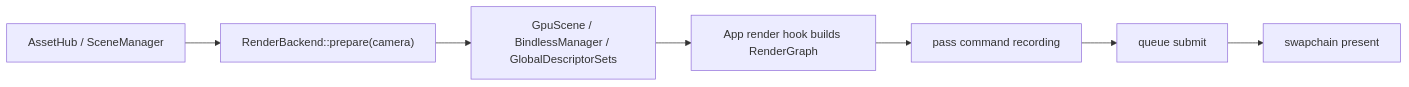
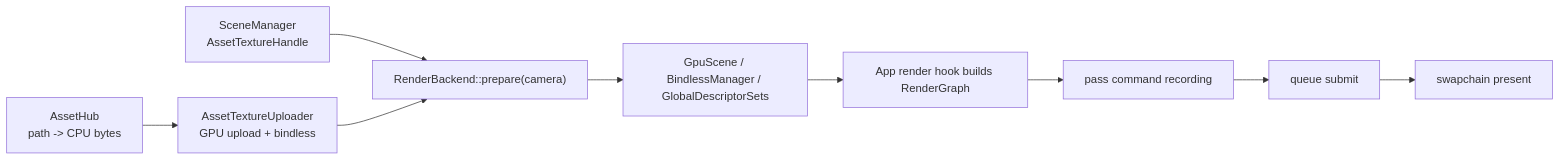
The fifth of 6 diagrams in ARCHITECTURE.md (acccoco/TruvisRenderer), drawn with Mermaid before and after one commit. The commit also changed other lines of this file and 19 other files, not shown here.

Commit message:
[refactor] 拆分 AssetHub 的职责，分离文件读取和 GPU 上传部分

````diff
--- a/ARCHITECTURE.md
+++ b/ARCHITECTURE.md
@@ -168,9 +170,11 @@
 ```mermaid
 flowchart LR
-    Assets["AssetHub / SceneManager"] --> Prepare["RenderBackend::prepare(camera)"]
+    AssetHub["AssetHub<br/>path -> CPU bytes"] --> TextureUploader["AssetTextureUploader<br/>GPU upload + bindless"]
+    Scene["SceneManager<br/>AssetTextureHandle"] --> Prepare["RenderBackend::prepare(camera)"]
+    TextureUploader --> Prepare
     Prepare --> GpuResources["GpuScene / BindlessManager / GlobalDescriptorSets"]
     GpuResources --> BuildGraph["App render hook builds RenderGraph"]
     BuildGraph --> RecordCommands["pass command recording"]
     RecordCommands --> Submit["queue submit"]
     Submit --> Present["swapchain present"]
 ```
````
